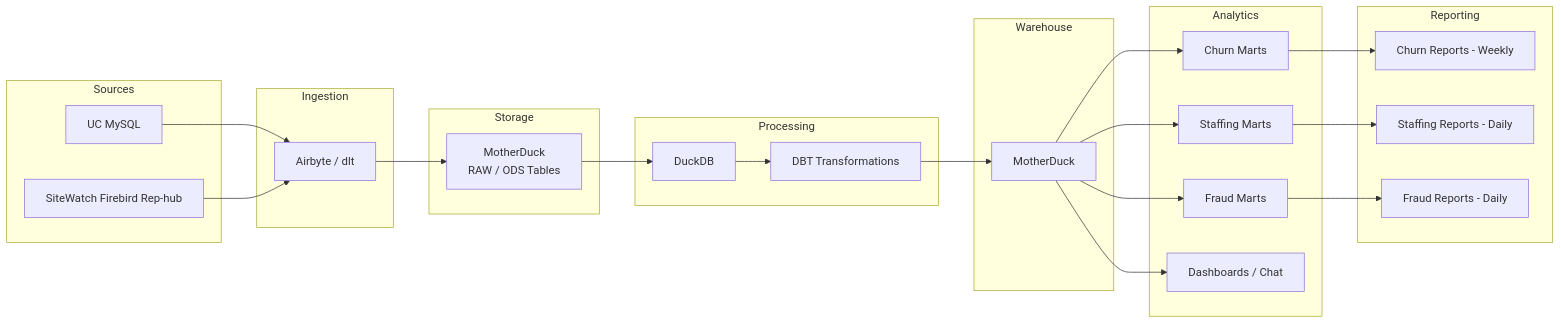
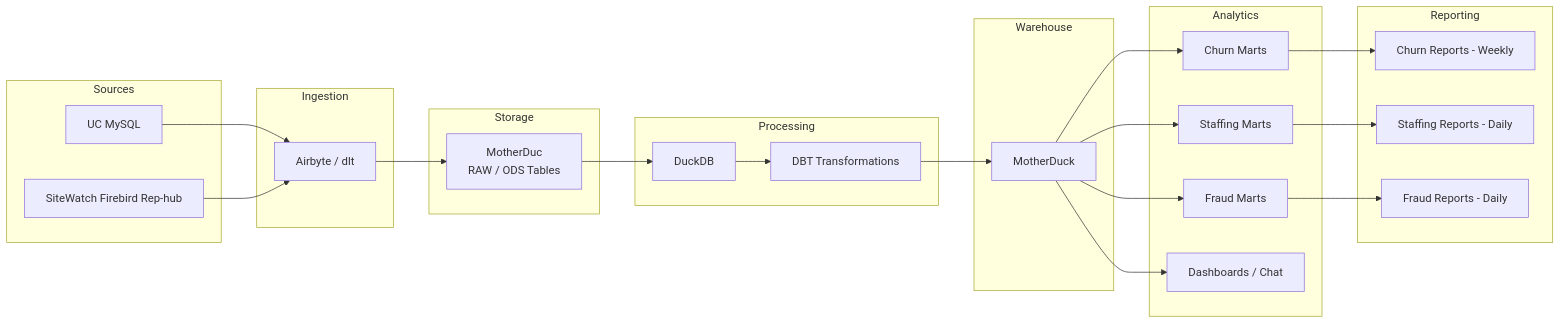
The diagram in Phase2(Flowchart).md (harihararaj-aifs/ChurnPrediction), drawn with Mermaid before and after one commit. The commit also changed 1 other file, not shown here.

Commit message:
FlowChart update for the Phase 1 and 2

````diff
--- a/Phase2(Flowchart).md
+++ b/Phase2(Flowchart).md
@@ -17,52 +17,52 @@
 ```mermaid
 flowchart LR
 
 subgraph Sources
 A[UC MySQL]
 B[SiteWatch Firebird Rep-hub]
 end
 
 subgraph Ingestion
 C[Airbyte / dlt]
 end
 
 subgraph Storage
-D[MotherDuck\nRAW / ODS Tables]
+D[MotherDuc<br>RAW / ODS Tables]
 end
 
 subgraph Processing
 E[DuckDB]
 F[DBT Transformations]
 end
 
 subgraph Warehouse
 G[MotherDuck]
 end
 
 subgraph Analytics
 H[Churn Marts]
 I[Staffing Marts]
 J[Fraud Marts]
 K[Dashboards / Chat]
 end
 
 subgraph Reporting
 L[Churn Reports - Weekly]
 M[Staffing Reports - Daily]
 N[Fraud Reports - Daily]
 end
 
 A --> C
 B --> C
 C --> D
 D --> E
 E --> F
 F --> G
 G --> H
 G --> I
 G --> J
 G --> K
 H --> L
 I --> M
 J --> N
 ```
````
